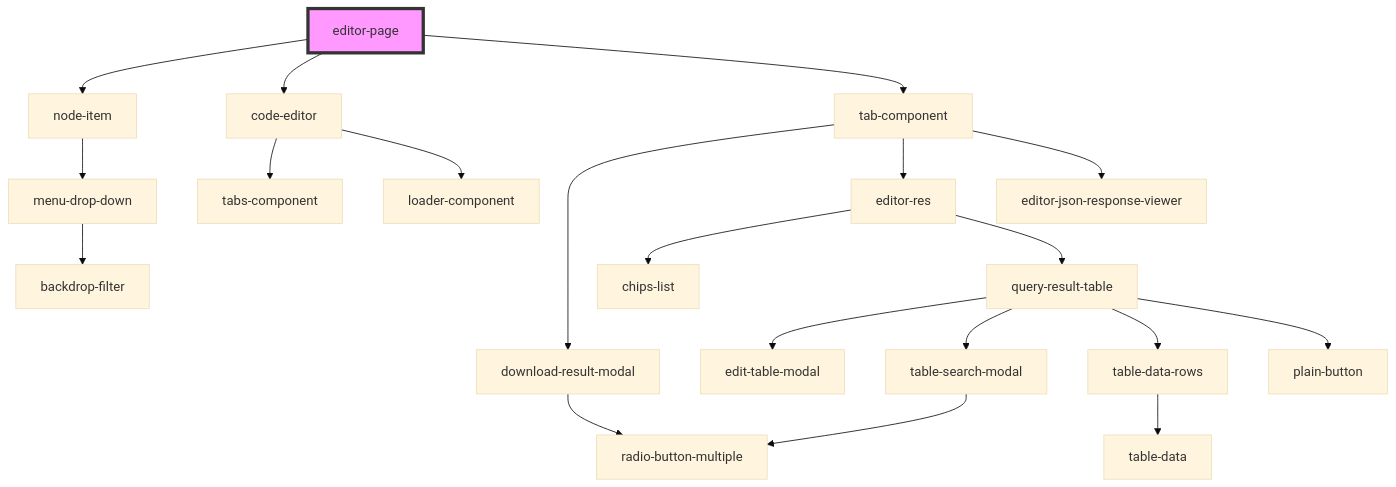
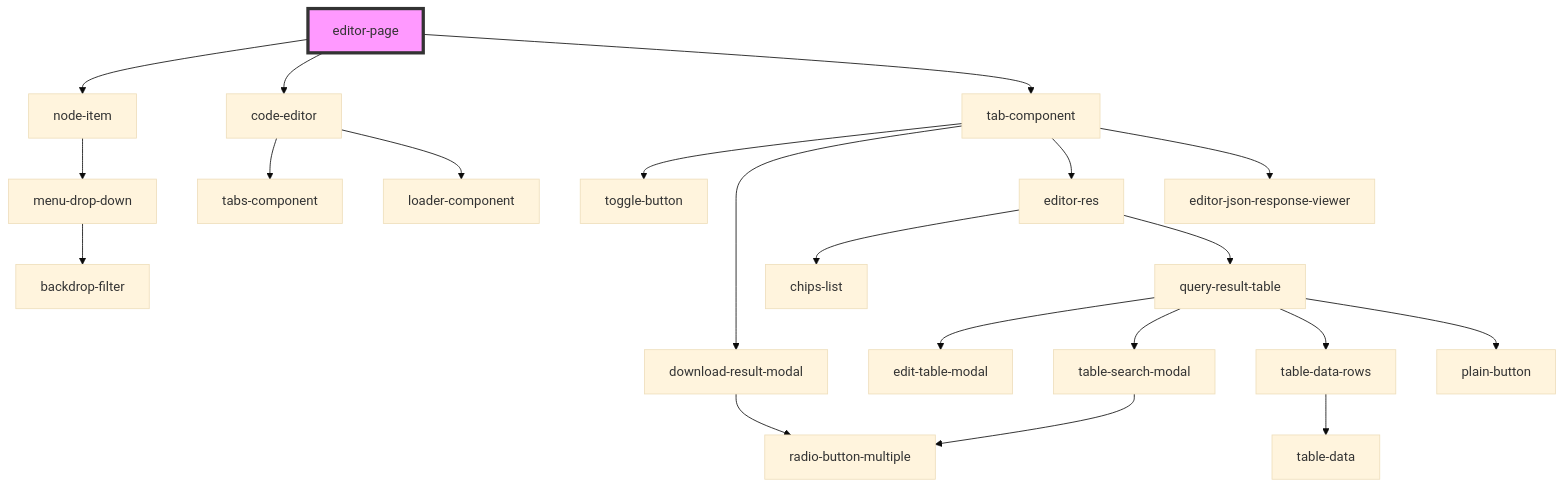
The diagram in src/components/editorPage/editor-page/readme.md (techvariable/NeptuneConnectComponents), drawn with Mermaid (base theme) before and after one commit. The commit also changed 13 other files, not shown here.

````diff
--- a/src/components/editorPage/editor-page/readme.md
+++ b/src/components/editorPage/editor-page/readme.md
@@ -24,23 +24,24 @@
 ```mermaid
 graph TD;
   editor-page --> node-item
   editor-page --> code-editor
   editor-page --> tab-component
   node-item --> menu-drop-down
   menu-drop-down --> backdrop-filter
   code-editor --> tabs-component
   code-editor --> loader-component
+  tab-component --> toggle-button
   tab-component --> download-result-modal
   tab-component --> editor-res
   tab-component --> editor-json-response-viewer
   download-result-modal --> radio-button-multiple
   editor-res --> chips-list
   editor-res --> query-result-table
   query-result-table --> edit-table-modal
   query-result-table --> table-search-modal
   query-result-table --> table-data-rows
   query-result-table --> plain-button
   table-search-modal --> radio-button-multiple
   table-data-rows --> table-data
   style editor-page fill:#f9f,stroke:#333,stroke-width:4px
 ```
````
